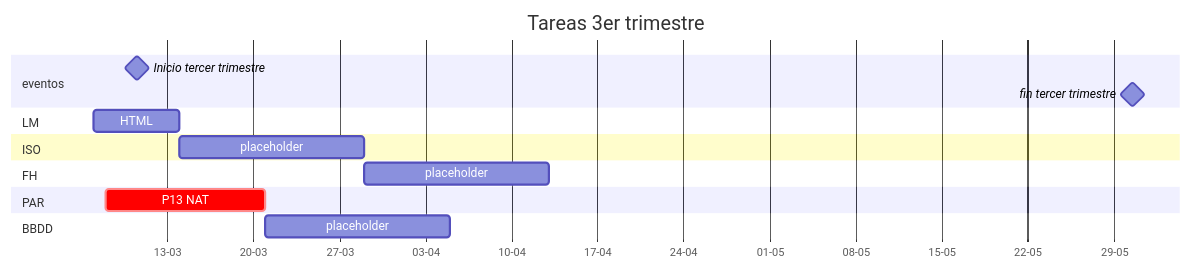
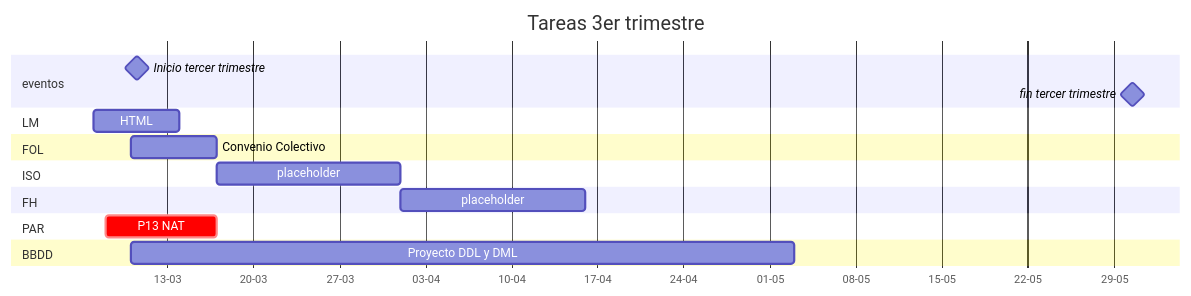
One commit to robertorodriguez98/apuntesClase changed the diagram in README.md. Above: the diagram before and after it, drawn with Mermaid. The commit also changed other lines of this file and 6 other files, not shown here.

````diff
--- a/README.md
+++ b/README.md
@@ -3,29 +3,29 @@
 ```mermaid
 gantt
     %%etiquetas posibles: done,active,crit,milestone
     title Tareas 3er trimestre
     dateFormat  DD-MM-YY
     axisFormat  %d-%m
     section eventos
     Inicio tercer trimestre : milestone,10-03-22,1d
     fin tercer trimestre : milestone,30-05-22,1d
 
     section LM
     HTML :07-03-22,7d
 
     section FOL
-
+	Convenio Colectivo      :10-03-22,7d
 
     section ISO
     placeholder             :15d
 
     section FH
     placeholder             :15d
 
     section PAR
-    P13 NAT             :crit,nat,08-03-22,21-03-22
+    P13 NAT             :crit,nat,08-03-22,17-03-22
 
     section BBDD
-    placeholder             :15d
+    Proyecto DDL y DML  :10-03-22,03-05-22
 
 ```
````
